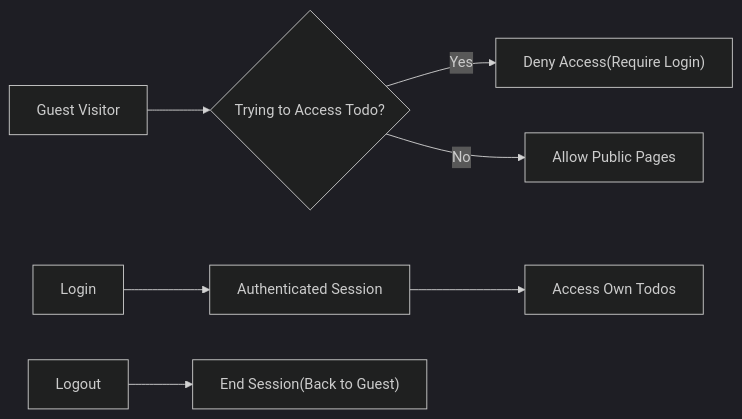
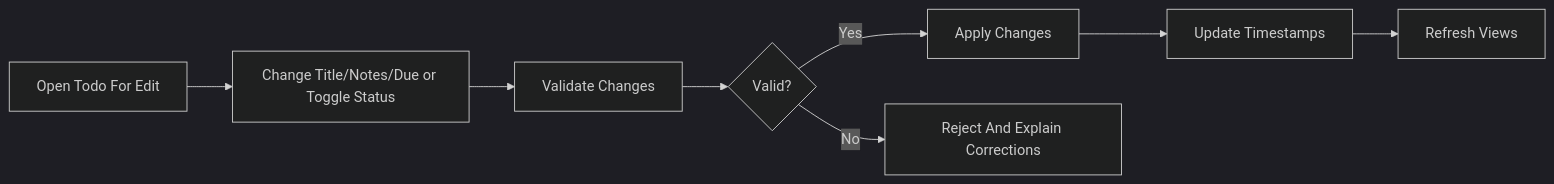
Before and after one commit to wrtnlabs/autobe-example-todo-openai-gpt-5: the third of 4 diagrams in docs/analysis/01-service-overview.md, drawn with Mermaid (dark theme). The commit also changed other lines of this file and 957 other files, not shown here.

````diff
--- a/docs/analysis/01-service-overview.md
+++ b/docs/analysis/01-service-overview.md
@@ -104,9 +124,10 @@
 ```mermaid
 graph LR
-  A["Guest Visitor"] --> B{"Trying to Access Todo?"}
-  B -->|"Yes"| C["Deny Access(Require Login)"]
-  B -->|"No"| D["Allow Public Pages"]
-  E["Login"] --> F["Authenticated Session"]
-  F --> G["Access Own Todos"]
-  H["Logout"] --> I["End Session(Back to Guest)"]
+  A["Open Todo For Edit"] --> B["Change Title/Notes/Due or Toggle Status"]
+  B --> C["Validate Changes"]
+  C --> D{"Valid?"}
+  D -->|"Yes"| E["Apply Changes"]
+  E --> F["Update Timestamps"]
+  F --> G["Refresh Views"]
+  D -->|"No"| H["Reject And Explain Corrections"]
 ```
````
